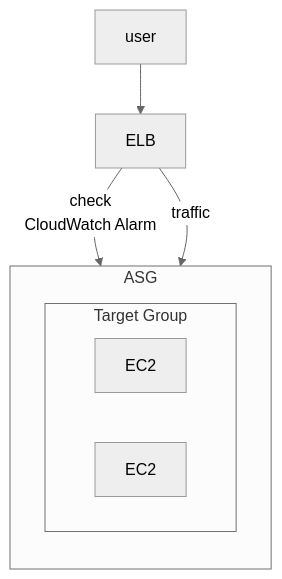
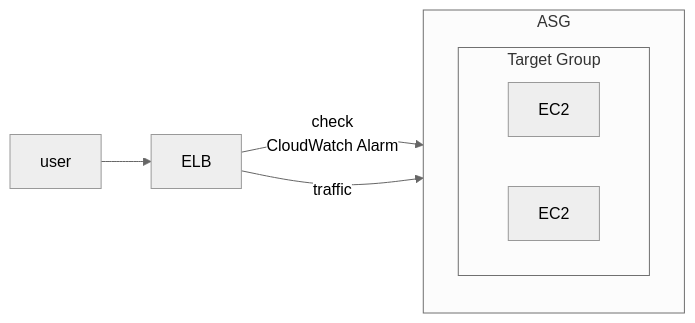
The diagram in aws/ASG.md (cool21540125/documentation-notes), drawn with Mermaid (neutral theme) before and after one commit. The commit also changed other lines of this file and 19 other files, not shown here.

````diff
--- a/aws/ASG.md
+++ b/aws/ASG.md
@@ -30,17 +30,16 @@
 ```mermaid
-flowchart TB
-
+flowchart LR
 
 subgraph ASG
     direction TB;
 
     subgraph tg["Target Group"]
         ec1["EC2"]
         ec2["EC2"]
     end
 end
 
 user --> ELB;
 ELB -- "check \n CloudWatch Alarm" --> ASG;
 ELB -- "traffic" --> ASG;
 ```
````
